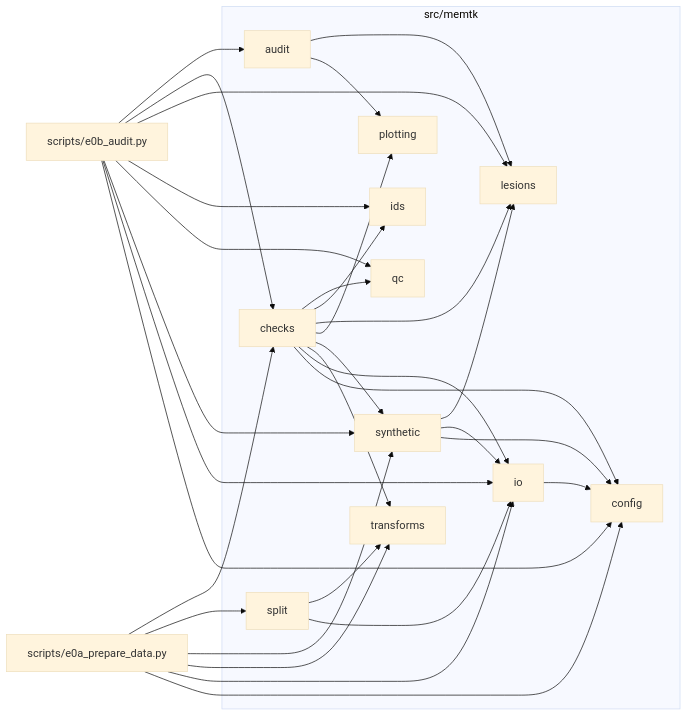
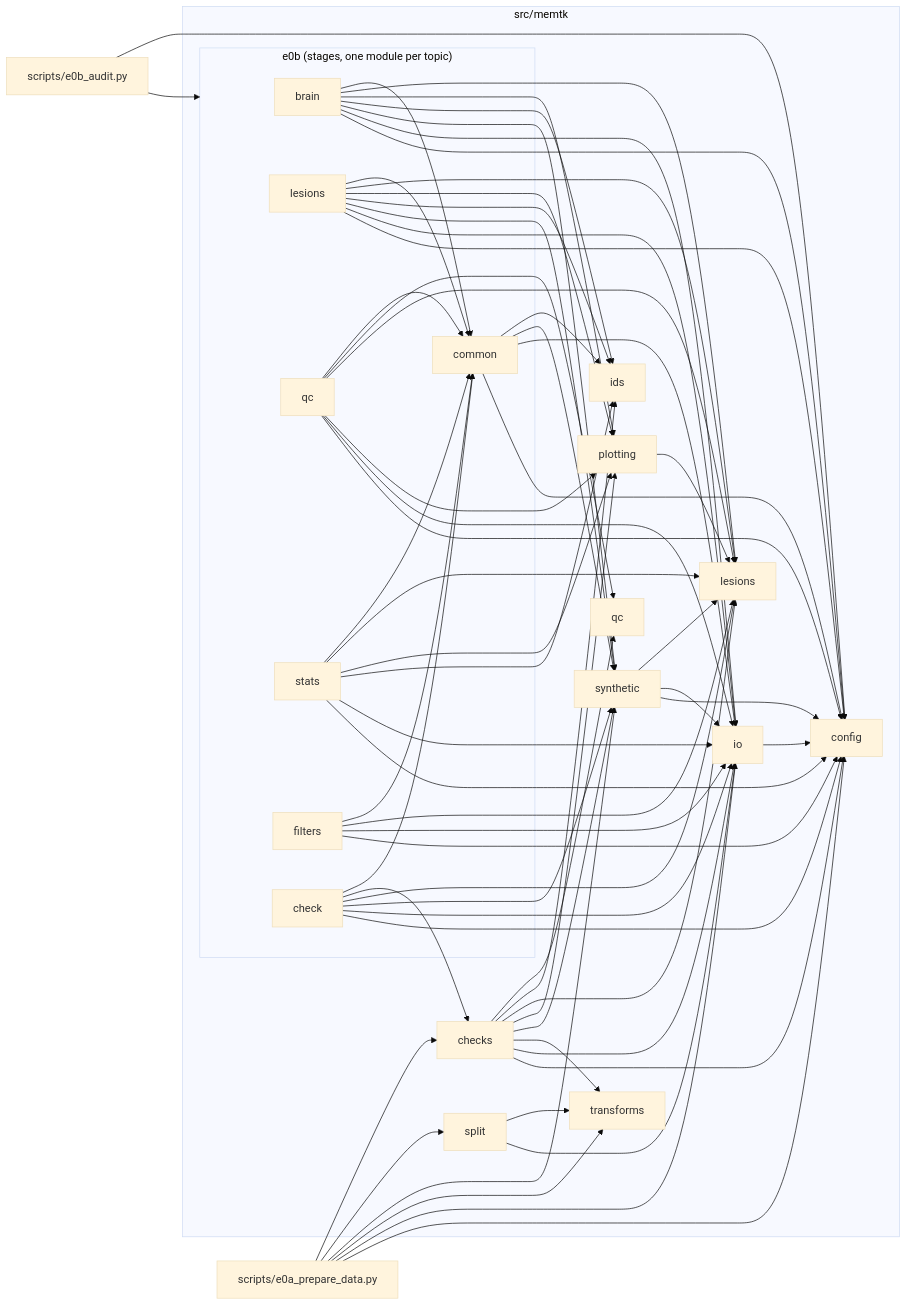
The second of 2 diagrams in docs/architecture.md (mattia3003/MT_project), drawn with Mermaid (base theme) before and after one commit. The commit also changed other lines of this file and 23 other files, not shown here.

````diff
--- a/docs/architecture.md
+++ b/docs/architecture.md
@@ -121,27 +127,42 @@
 ```mermaid
 flowchart LR
     S_E0A["scripts/e0a_prepare_data.py"]
     S_E0B["scripts/e0b_audit.py"]
 
     subgraph MEMTK["src/memtk"]
+        subgraph E0B_PKG["e0b (stages, one module per topic)"]
+            M_E0B_BRAIN["brain"]
+            M_E0B_LESIONS["lesions"]
+            M_E0B_QC["qc"]
+            M_E0B_STATS["stats"]
+            M_E0B_FILTERS["filters"]
+            M_E0B_CHECK["check"]
+            M_E0B_COMMON["common"]
+        end
         M_CHECKS["checks"]
-        M_AUDIT["audit"]
         M_SPLIT["split"]
         M_SYN["synthetic"]
         M_PLOT["plotting"]
         M_LESIONS["lesions"]
         M_IDS["ids"]
         M_QC["qc"]
         M_TRANSFORMS["transforms"]
         M_IO["io"]
         M_CONFIG["config"]
     end
 
     S_E0A --> M_CHECKS & M_SPLIT & M_SYN & M_TRANSFORMS & M_IO & M_CONFIG
-    S_E0B --> M_AUDIT & M_CHECKS & M_LESIONS & M_IDS & M_QC & M_SYN & M_IO & M_CONFIG
+    S_E0B --> E0B_PKG & M_CONFIG
+    M_E0B_BRAIN --> M_E0B_COMMON & M_LESIONS & M_PLOT & M_IDS & M_SYN & M_IO & M_CONFIG
+    M_E0B_LESIONS --> M_E0B_COMMON & M_LESIONS & M_PLOT & M_IDS & M_SYN & M_IO & M_CONFIG
+    M_E0B_QC --> M_E0B_COMMON & M_QC & M_LESIONS & M_PLOT & M_IO & M_CONFIG
+    M_E0B_STATS --> M_E0B_COMMON & M_LESIONS & M_PLOT & M_IDS & M_IO & M_CONFIG
+    M_E0B_FILTERS --> M_E0B_COMMON & M_LESIONS & M_IO & M_CONFIG
+    M_E0B_CHECK --> M_E0B_COMMON & M_CHECKS & M_LESIONS & M_SYN & M_IO & M_CONFIG
+    M_E0B_COMMON --> M_IDS & M_SYN & M_IO & M_CONFIG
     M_CHECKS --> M_QC & M_IDS & M_LESIONS & M_PLOT & M_SYN & M_TRANSFORMS & M_IO & M_CONFIG
-    M_AUDIT --> M_LESIONS & M_PLOT
+    M_PLOT --> M_LESIONS
     M_SPLIT --> M_TRANSFORMS & M_IO
     M_SYN --> M_LESIONS & M_IO & M_CONFIG
     M_IO --> M_CONFIG
 ```
````
